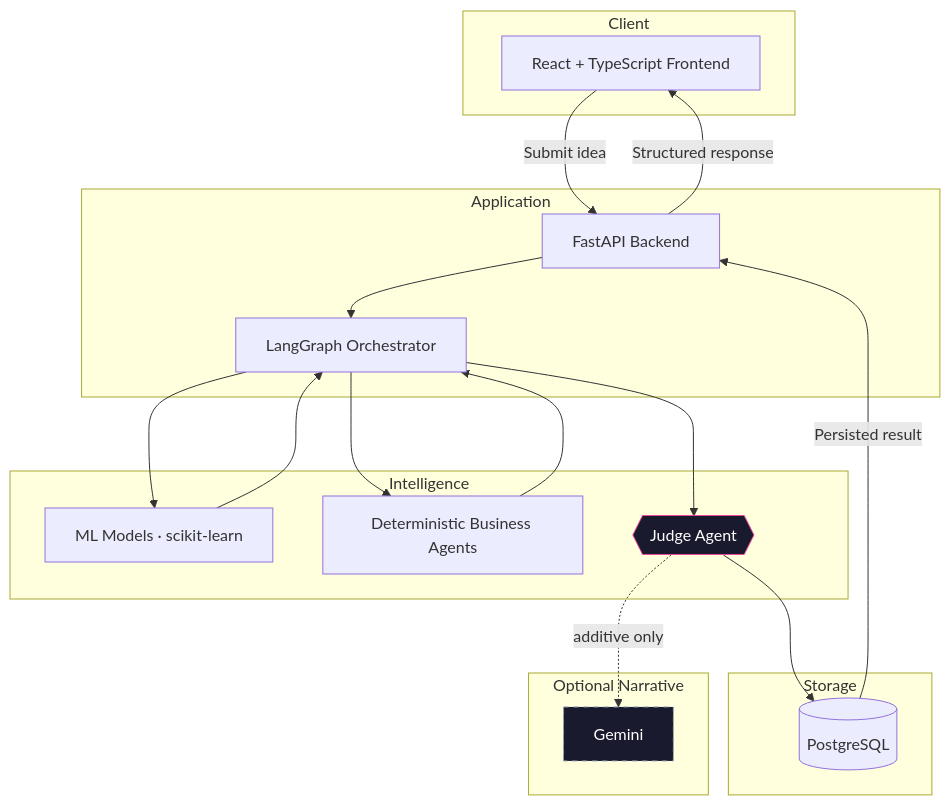
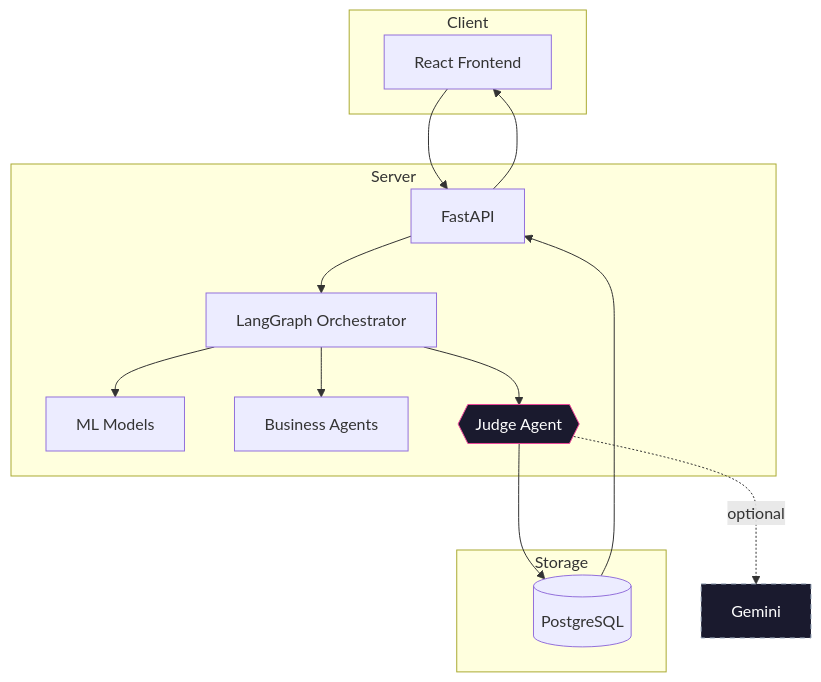
One commit to DivyaShreeS09/VentureForge-AI changed the third of 4 diagrams in README.md. Above: the diagram before and after it, drawn with Mermaid. The commit also changed other lines of this file and 1 other file, not shown here.

````diff
--- a/README.md
+++ b/README.md
@@ -268,31 +152,22 @@
 ```mermaid
 flowchart TD
     subgraph Client
-        FE["React + TypeScript Frontend"]
+        FE[React Frontend]
     end
-    subgraph Application
-        API["FastAPI Backend"]
-        LG["LangGraph Orchestrator"]
-    end
-    subgraph Intelligence
-        ML["ML Models · scikit-learn"]
-        AGT["Deterministic Business Agents"]
-        JDG{{"Judge Agent"}}
+    subgraph Server
+        API[FastAPI] --> LG[LangGraph Orchestrator]
+        LG --> ML[ML Models]
+        LG --> AGT[Business Agents]
+        LG --> JDG{{Judge Agent}}
     end
     subgraph Storage
-        DB[("PostgreSQL")]
-    end
-    subgraph "Optional Narrative"
-        GEM["Gemini"]
+        DB[(PostgreSQL)]
     end
 
-    FE -->|Submit idea| API --> LG
-    LG --> ML --> LG
-    LG --> AGT --> LG
-    LG --> JDG --> DB
-    JDG -. additive only .-> GEM
-    DB -->|Persisted result| API -->|Structured response| FE
+    FE --> API
+    JDG --> DB --> API --> FE
+    JDG -. optional .-> GEM[Gemini]
 
     style JDG fill:#1a1a2e,stroke:#ec4899,color:#fff
     style GEM fill:#1a1a2e,stroke:#94a3b8,color:#fff,stroke-dasharray: 5 5
 ```
````
